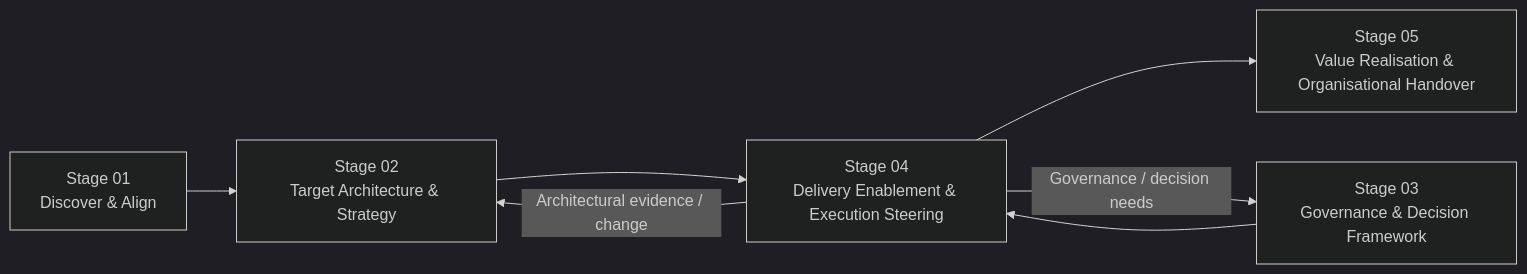
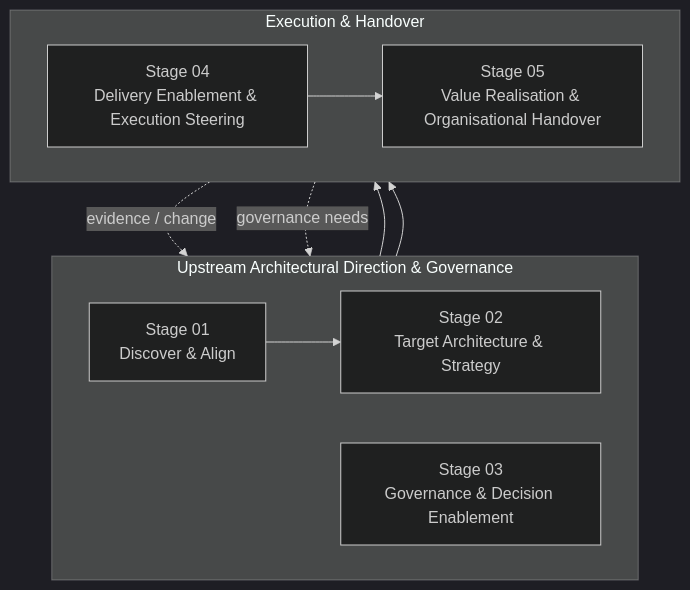
One commit to avfranco-br/portfolio changed the eighth of 11 diagrams in docs/sop/04-delivery-enablement.md. Above: the diagram before and after it, drawn with Mermaid (dark theme). The commit also changed other lines of this file and 10 other files, not shown here.

Commit message:
Refactor Mermaid diagrams across SOP and methods documentation for legibility

````diff
--- a/docs/sop/04-delivery-enablement.md
+++ b/docs/sop/04-delivery-enablement.md
@@ -1319,14 +1324,18 @@
 ```mermaid
-flowchart LR
-    A["Stage 01<br/>Discover & Align"]
-    B["Stage 02<br/>Target Architecture & Strategy"]
-    C["Stage 03<br/>Governance & Decision Framework"]
-    D["Stage 04<br/>Delivery Enablement & Execution Steering"]
-    E["Stage 05<br/>Value Realisation & Organisational Handover"]
-    A --> B
+flowchart TD
+    subgraph Upstream["Upstream Architectural Direction & Governance"]
+        direction LR
+        A["Stage 01<br/>Discover & Align"] --> B["Stage 02<br/>Target Architecture & Strategy"]
+        C["Stage 03<br/>Governance & Decision Enablement"]
+    end
+
+    subgraph Downstream["Execution & Handover"]
+        direction LR
+        D["Stage 04<br/>Delivery Enablement & Execution Steering"] --> E["Stage 05<br/>Value Realisation & Organisational Handover"]
+    end
+
     B --> D
     C --> D
-    D --> E
-    D -->|"Architectural evidence / change"| B
-    D -->|"Governance / decision needs"| C
+    D -. "evidence / change" .-> B
+    D -. "governance needs" .-> C
 ```
````
